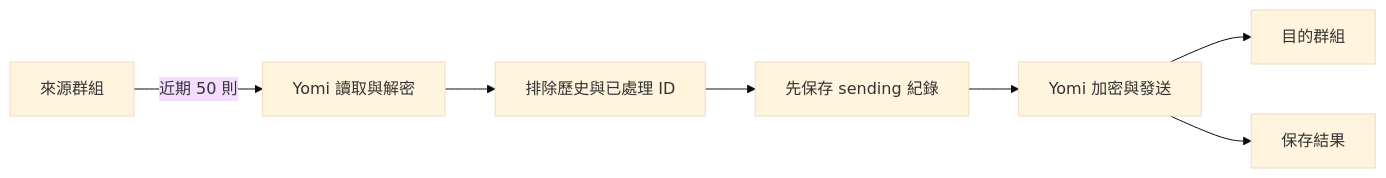
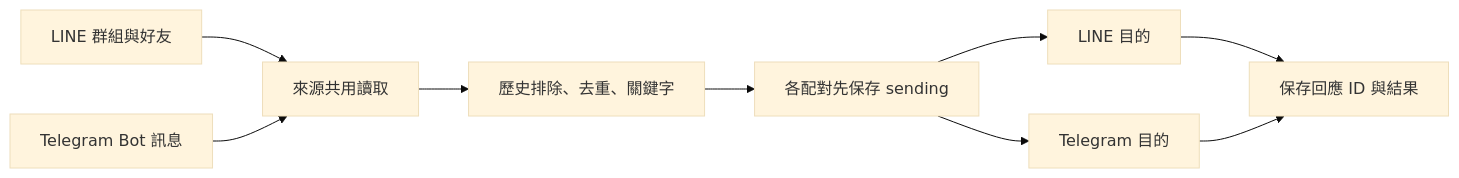
The diagram in README.md (b40609/LinePort), drawn with Mermaid (base theme) before and after one commit. The commit also changed other lines of this file and 26 other files, not shown here.

Commit message:
feat: add multi-route LINE and Telegram forwarding

````diff
--- a/README.md
+++ b/README.md
@@ -46,9 +52,11 @@
 ```mermaid
 flowchart LR
-    A[來源群組] -->|近期 50 則| B[Yomi 讀取與解密]
-    B --> C[排除歷史與已處理 ID]
-    C --> D[先保存 sending 紀錄]
-    D --> E[Yomi 加密與發送]
-    E --> F[目的群組]
-    E --> G[保存結果]
+    L[LINE 群組與好友] --> R[來源共用讀取]
+    T[Telegram Bot 訊息] --> R
+    R --> F[歷史排除、去重、關鍵字]
+    F --> J[各配對先保存 sending]
+    J --> DL[LINE 目的]
+    J --> DT[Telegram 目的]
+    DL --> S[保存回應 ID 與結果]
+    DT --> S
 ```
````
